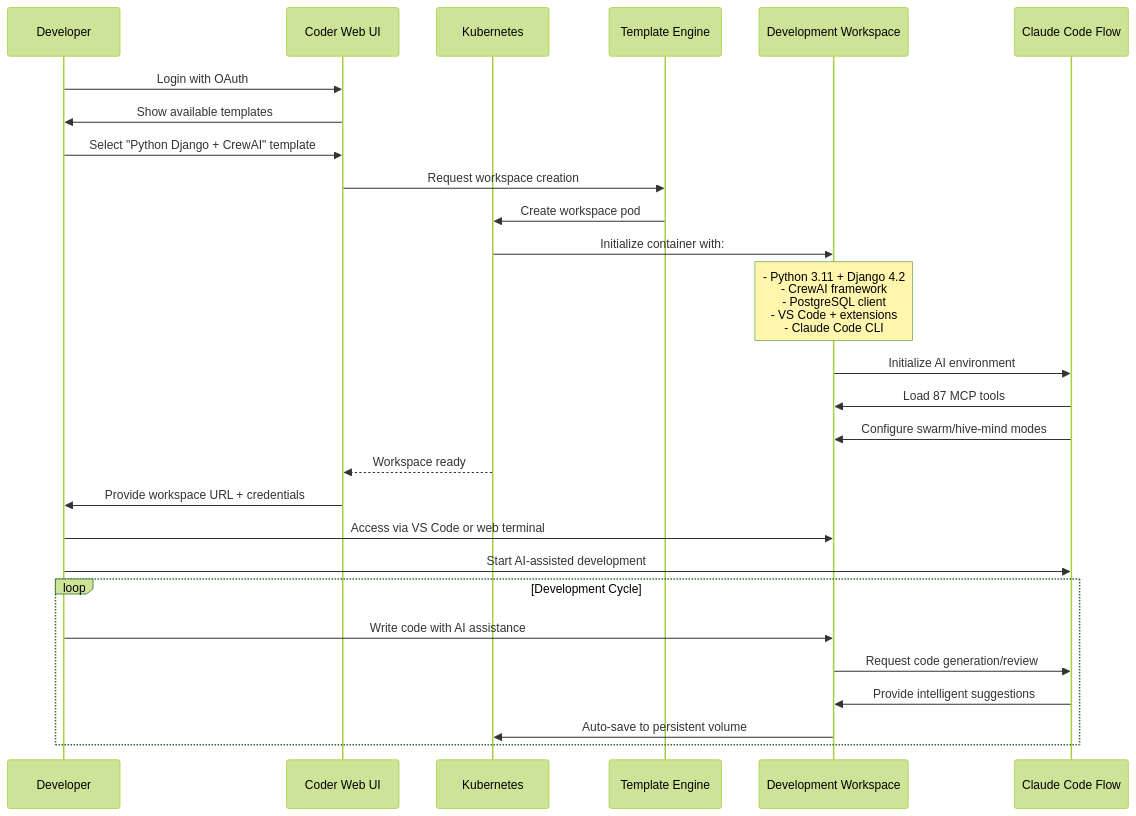
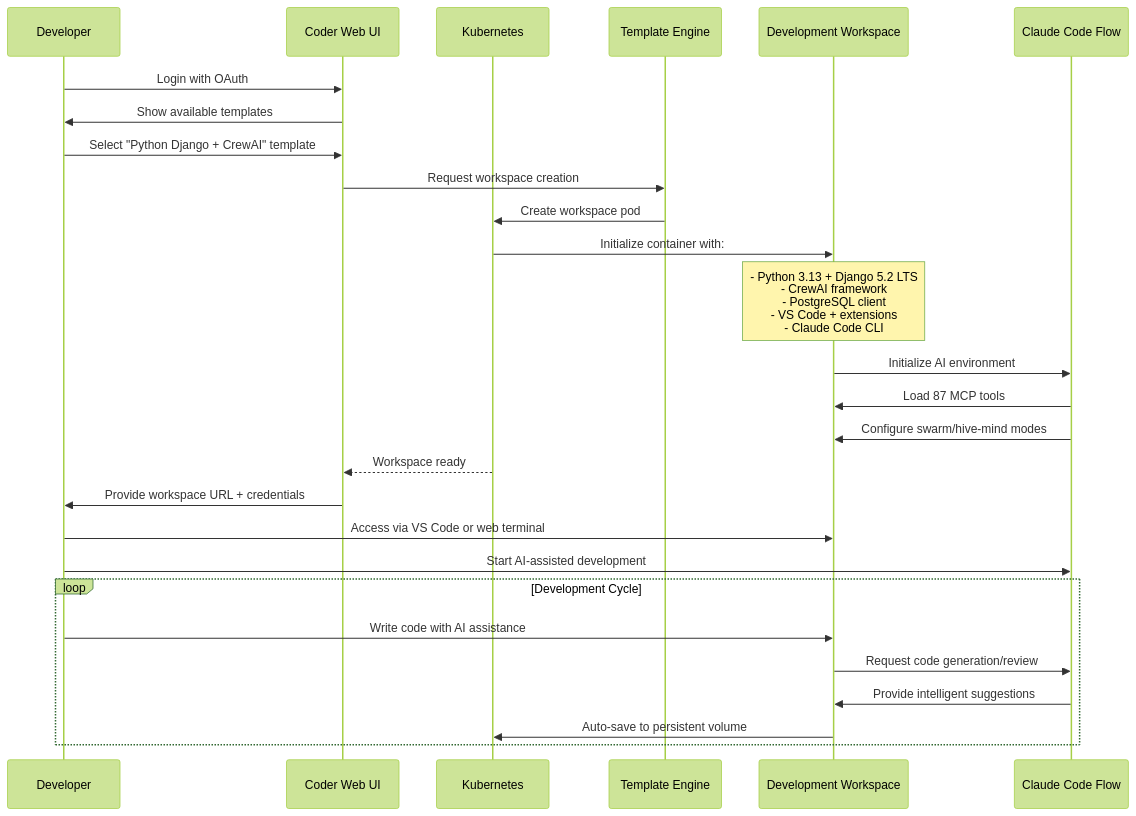
The seventh of 23 diagrams in docs/ARCHITECTURE.md (pacphi/bootstrap-coder-on-scaleway), drawn with Mermaid (forest theme) before and after one commit. The commit also changed other lines of this file and 84 other files, not shown here.

````diff
--- a/docs/ARCHITECTURE.md
+++ b/docs/ARCHITECTURE.md
@@ -341,36 +341,36 @@
 ```mermaid
 sequenceDiagram
     participant Dev as Developer
     participant CoderUI as Coder Web UI
     participant K8s as Kubernetes
     participant Template as Template Engine
     participant Workspace as Development Workspace
     participant ClaudeFlow as Claude Code Flow
 
     Dev->>CoderUI: Login with OAuth
     CoderUI->>Dev: Show available templates
 
     Dev->>CoderUI: Select "Python Django + CrewAI" template
     CoderUI->>Template: Request workspace creation
 
     Template->>K8s: Create workspace pod
     K8s->>Workspace: Initialize container with:
-    Note over Workspace: - Python 3.11 + Django 4.2<br/>- CrewAI framework<br/>- PostgreSQL client<br/>- VS Code + extensions<br/>- Claude Code CLI
+    Note over Workspace: - Python 3.13 + Django 5.2 LTS<br/>- CrewAI framework<br/>- PostgreSQL client<br/>- VS Code + extensions<br/>- Claude Code CLI
 
     Workspace->>ClaudeFlow: Initialize AI environment
     ClaudeFlow->>Workspace: Load 87 MCP tools
     ClaudeFlow->>Workspace: Configure swarm/hive-mind modes
 
     K8s-->>CoderUI: Workspace ready
     CoderUI->>Dev: Provide workspace URL + credentials
 
     Dev->>Workspace: Access via VS Code or web terminal
     Dev->>ClaudeFlow: Start AI-assisted development
 
     loop Development Cycle
         Dev->>Workspace: Write code with AI assistance
         Workspace->>ClaudeFlow: Request code generation/review
         ClaudeFlow->>Workspace: Provide intelligent suggestions
         Workspace->>K8s: Auto-save to persistent volume
     end
 ```
````
